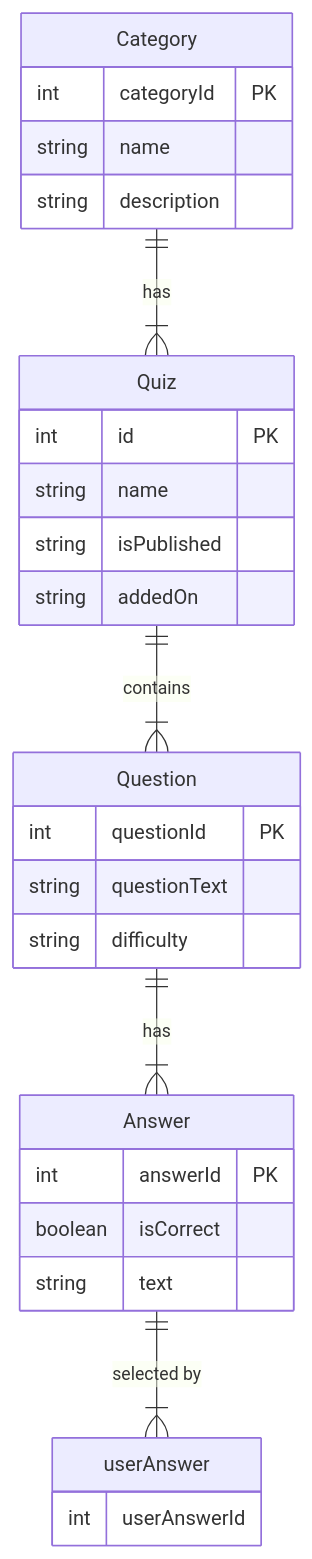
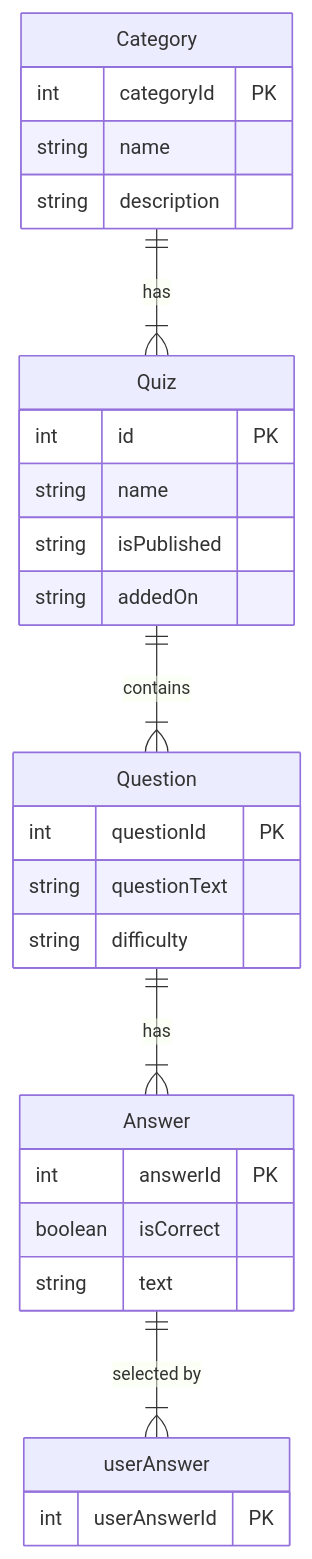
The diagram in README.md (NULL-Haaga-Helia/Quiz_Project), drawn with Mermaid before and after one commit.

````diff
--- a/README.md
+++ b/README.md
@@ -71,32 +71,32 @@
 ```mermaid
 erDiagram
 Category {
 int categoryId PK
 string name
 string description
 }
 Quiz {
 int id PK
 string name
 string isPublished
 string addedOn
 }
 Question {
 int questionId PK
 string questionText
 string difficulty
 }
 Answer {
 int answerId PK
 boolean isCorrect
 string text
 }
 userAnswer {
-int userAnswerId
+int userAnswerId PK
 }
 
     Category ||--|{ Quiz : "has"
     Quiz ||--|{ Question : "contains"
     Question ||--|{ Answer : "has"
     Answer ||--|{ userAnswer : "selected by"
 ```
````
